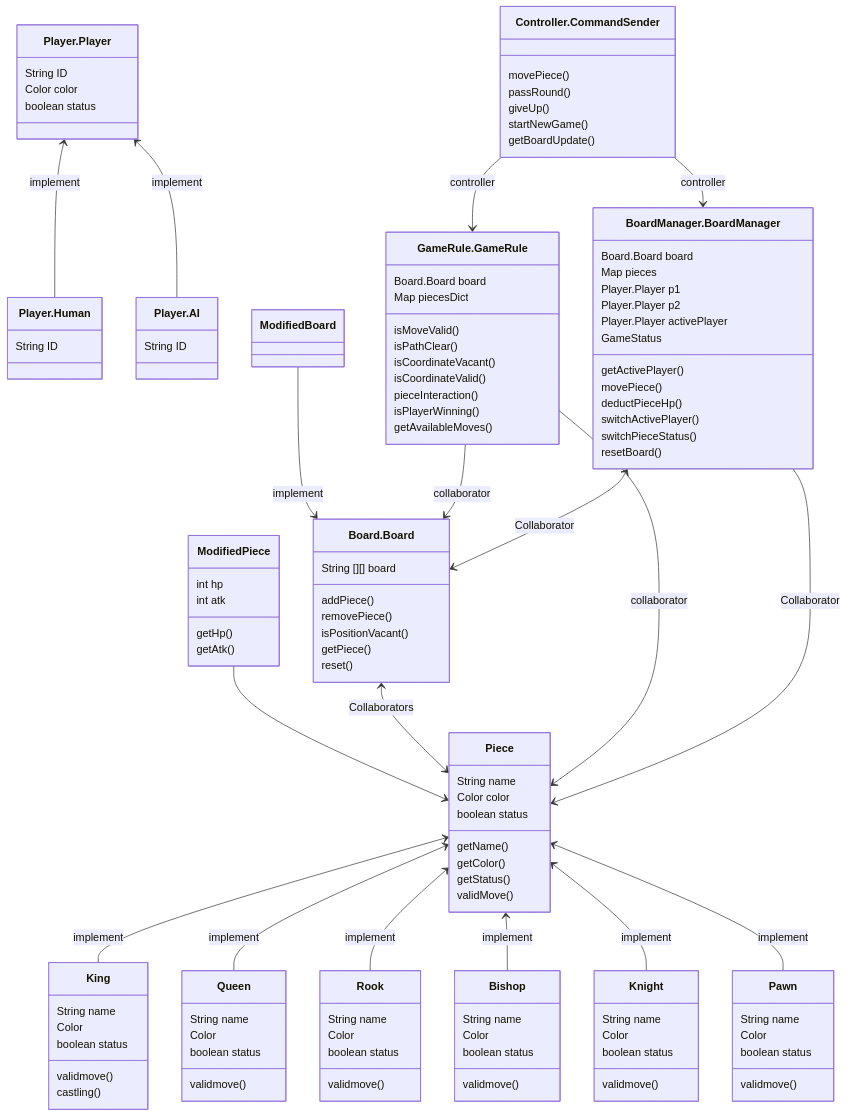
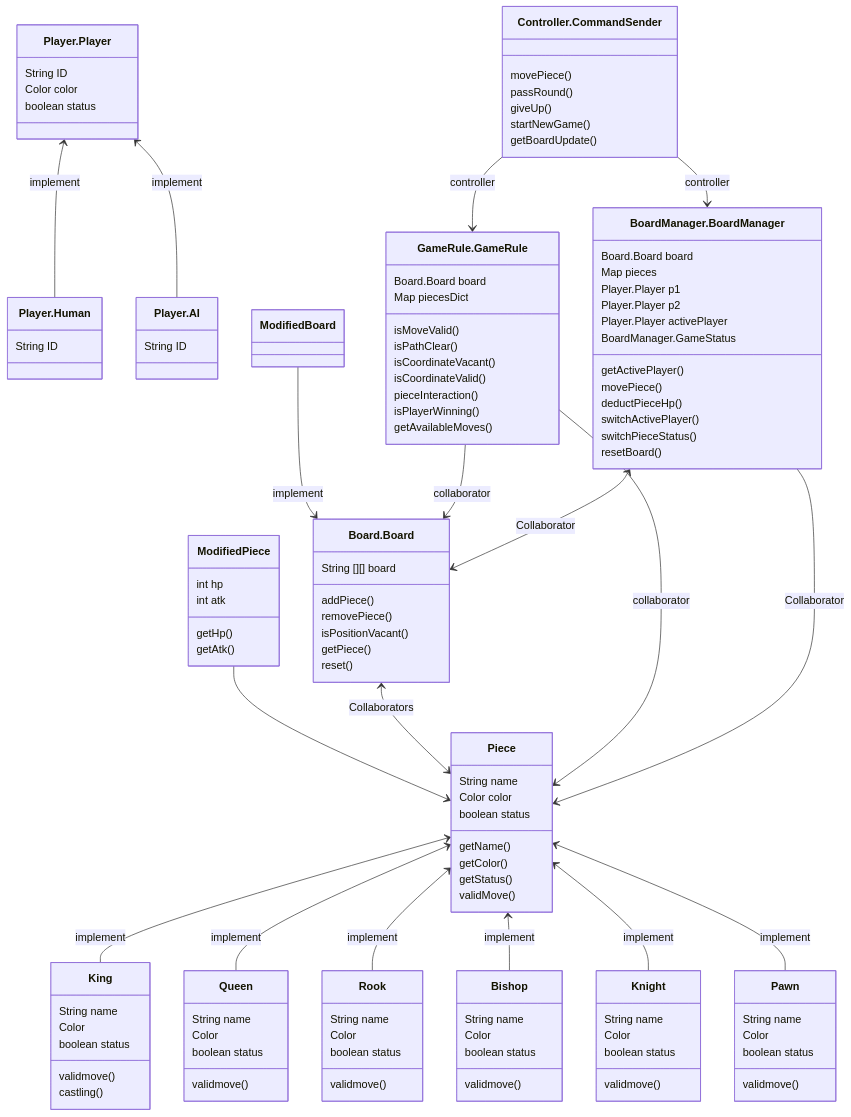
The diagram in phase1/Class Diagram.md (CSC207-UofT/course-project-dragon-squirrel), drawn with Mermaid before and after one commit. The commit also changed 11 other files, not shown here.

Commit message:
Implemented SuperBoardManager

```diff
--- a/phase1/Class Diagram.md
+++ b/phase1/Class Diagram.md
@@ -101,7 +101,7 @@
     BoardManager.BoardManager : Player.Player p1
     BoardManager.BoardManager : Player.Player p2
     BoardManager.BoardManager : Player.Player activePlayer
-    BoardManager.BoardManager : GameStatus
+    BoardManager.BoardManager : BoardManager.GameStatus
     BoardManager.BoardManager : getActivePlayer()
     BoardManager.BoardManager : movePiece()
     BoardManager.BoardManager : deductPieceHp()
```
